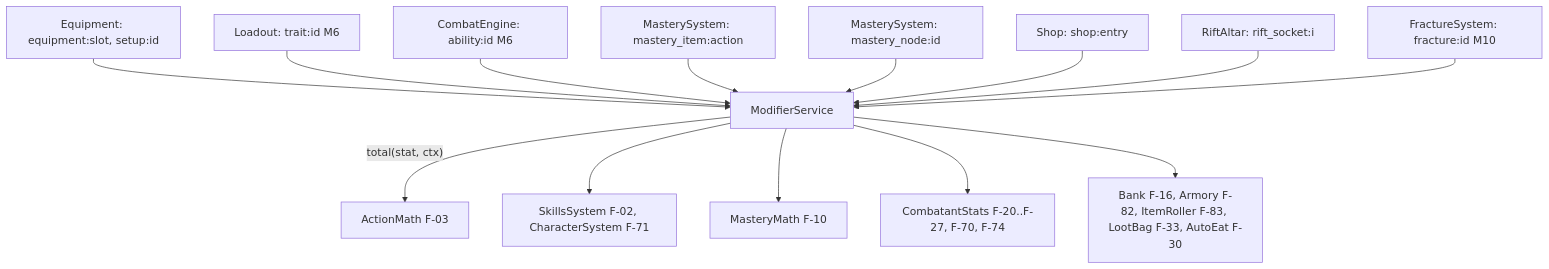
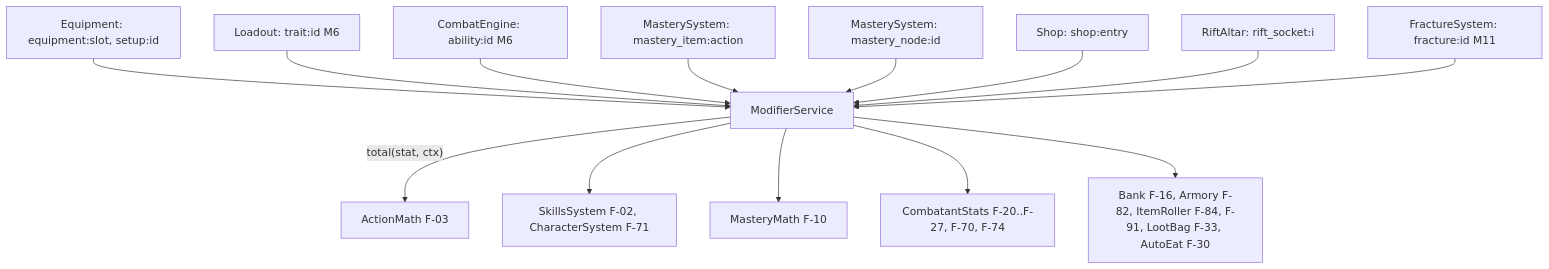
One commit to BriLaLaLa/Rifstone-Saga---Melvor changed the sixth of 6 diagrams in docs/03_ARCHITECTURE.md. Above: the diagram before and after it, drawn with Mermaid. The commit also changed other lines of this file and 11 other files, not shown here.

````diff
--- a/docs/03_ARCHITECTURE.md
+++ b/docs/03_ARCHITECTURE.md
@@ -315,16 +315,16 @@
 ```mermaid
 flowchart TD
     EQ[Equipment: equipment:slot, setup:id] --> MS[ModifierService]
     LO[Loadout: trait:id M6] --> MS
     CE[CombatEngine: ability:id M6] --> MS
     MI[MasterySystem: mastery_item:action] --> MS
     MN[MasterySystem: mastery_node:id] --> MS
     SH[Shop: shop:entry] --> MS
     RA[RiftAltar: rift_socket:i] --> MS
-    FR[FractureSystem: fracture:id M10] --> MS
+    FR[FractureSystem: fracture:id M11] --> MS
     MS -->|"total(stat, ctx)"| F1[ActionMath F-03]
     MS --> F2[SkillsSystem F-02, CharacterSystem F-71]
     MS --> F3[MasteryMath F-10]
     MS --> F4[CombatantStats F-20..F-27, F-70, F-74]
-    MS --> F5[Bank F-16, Armory F-82, ItemRoller F-83, LootBag F-33, AutoEat F-30]
+    MS --> F5[Bank F-16, Armory F-82, ItemRoller F-84, F-91, LootBag F-33, AutoEat F-30]
 ```
````
